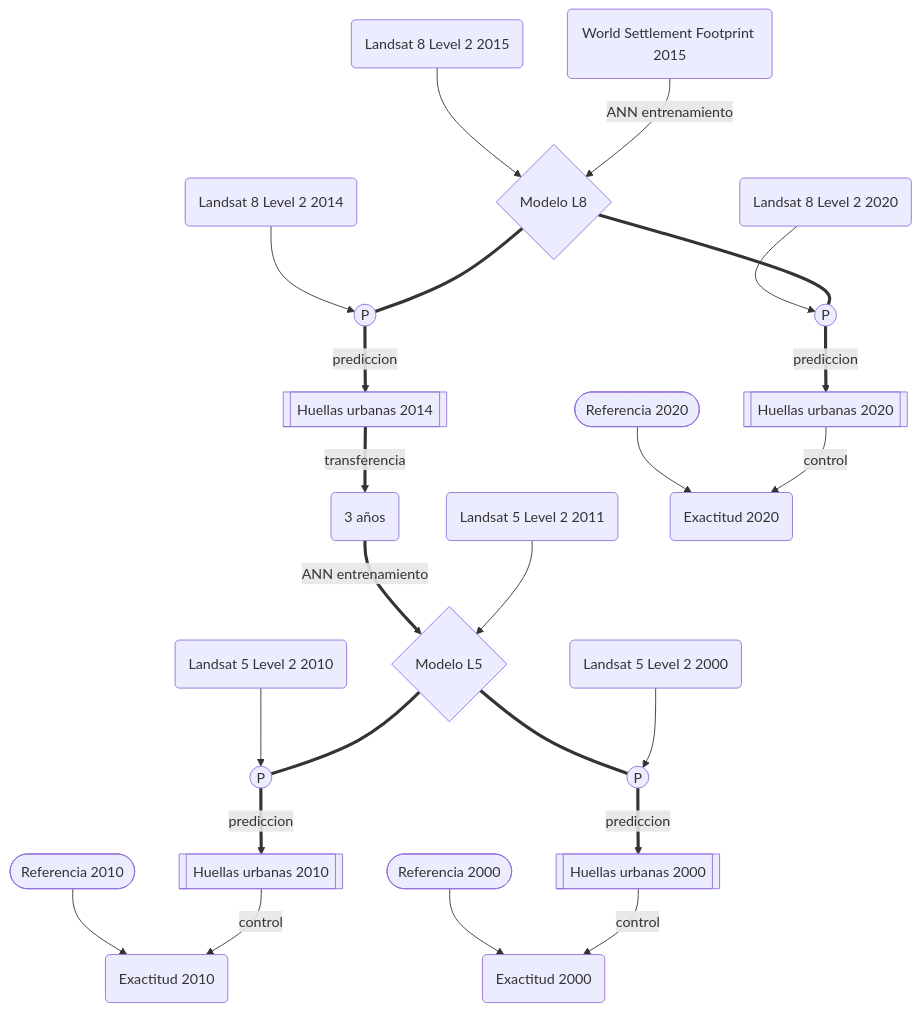
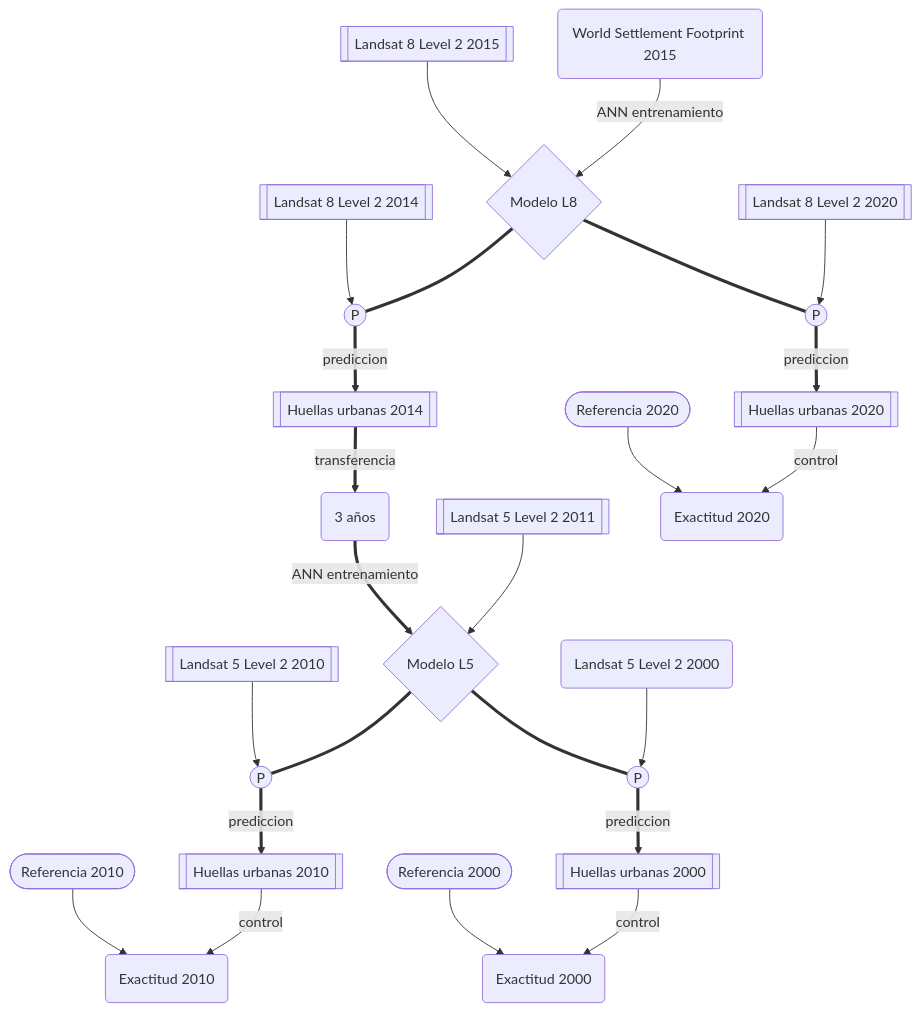
Before and after one commit to vshalisko/GEE: the diagram in AUEM/Esquemas/Flujo_de_analisis_RS.mermaid, drawn with Mermaid.

```diff
--- a/AUEM/Esquemas/Flujo_de_analisis_RS.mermaid
+++ b/AUEM/Esquemas/Flujo_de_analisis_RS.mermaid
@@ -1,24 +1,24 @@
 flowchart TD
-    L2015(Landsat 8 Level 2 2015) --> M1{Modelo L8}
+    L2015[[Landsat 8 Level 2 2015]] --> M1{Modelo L8}
     D(World Settlement Footprint 2015) -->|ANN entrenamiento| M1
-    L2020(Landsat 8 Level 2 2020) --> F2020
-    L2014(Landsat 8 Level 2 2014) --> F2014
+    L2014[[Landsat 8 Level 2 2014]] --> F2014
     M1 === F2020((P))
     M1 === F2014((P))
+    L2020[[Landsat 8 Level 2 2020]] --> F2020
     F2020 ==> |prediccion| P2020[[Huellas urbanas 2020]]
     F2014 ==> |prediccion| P2014[[Huellas urbanas 2014]]
     P2014 ==> |transferencia| T(3 años)
     T ==> |ANN entrenamiento| M2{Modelo L5}
-    L2011(Landsat 5 Level 2 2011) --> M2  
-    L2010(Landsat 5 Level 2 2010) --> F2010
+    L2011[[Landsat 5 Level 2 2011]] --> M2  
+    L2010[[Landsat 5 Level 2 2010]] --> F2010
     M2 === F2010((P))
     M2 === F2000((P))
     L2000(Landsat 5 Level 2 2000) --> F2000
     F2000 ==> |prediccion| P2000[[Huellas urbanas 2000]]
     F2010 ==> |prediccion| P2010[[Huellas urbanas 2010]]
     C2020([Referencia 2020]) --> E2020(Exactitud 2020)
     P2020 --> |control| E2020
     C2010([Referencia 2010]) --> E2010(Exactitud 2010)
     P2010 --> |control| E2010
     C2000([Referencia 2000]) --> E2000(Exactitud 2000)
     P2000 --> |control| E2000
```
